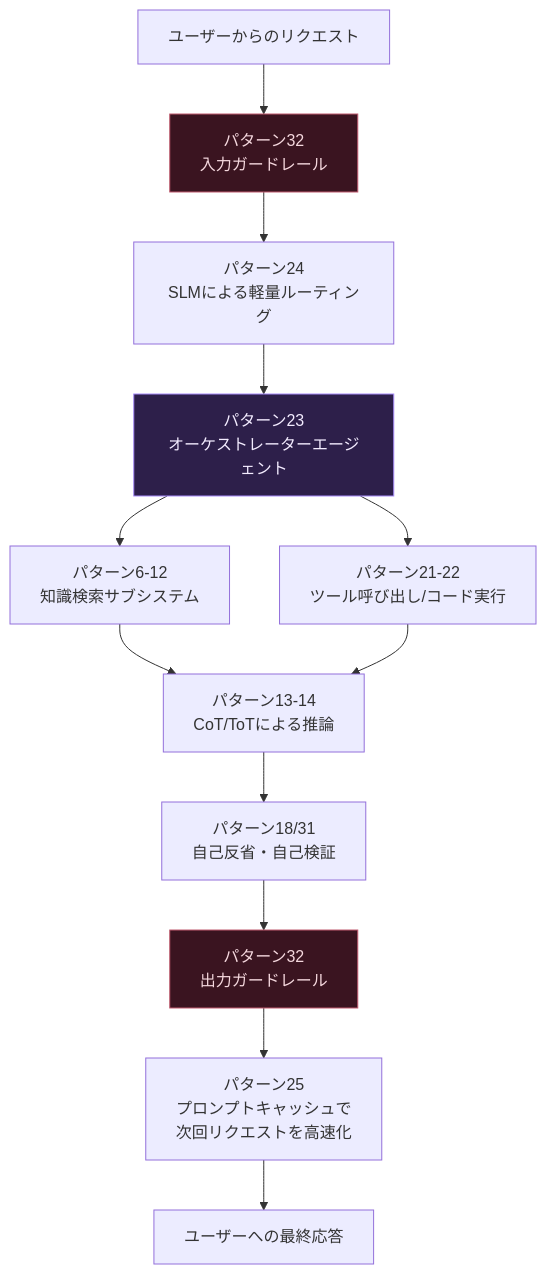
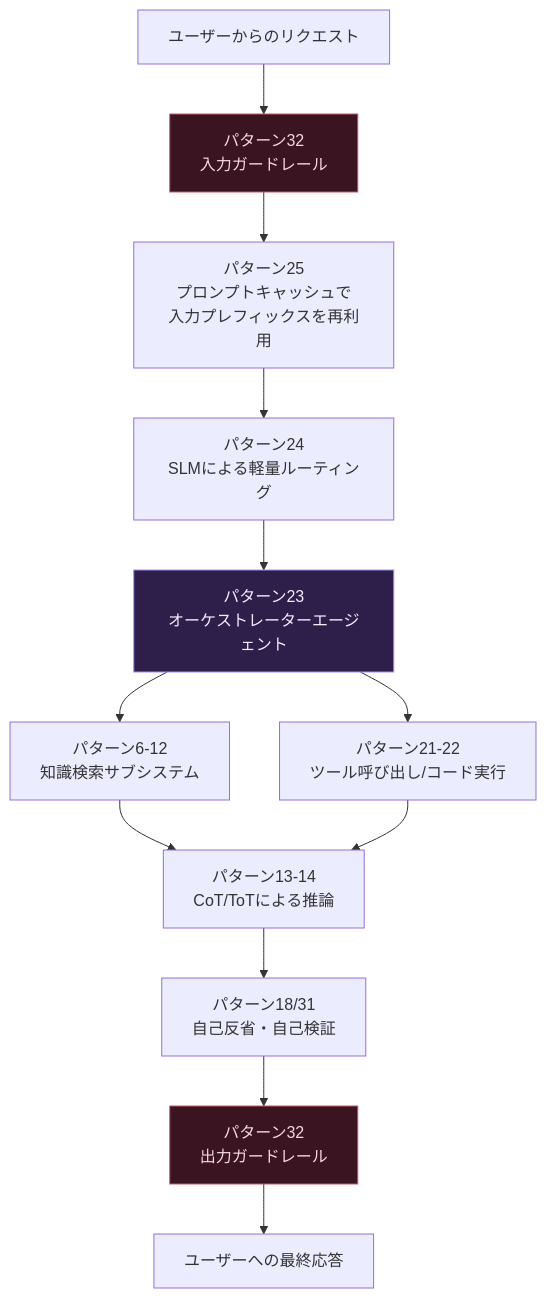
One commit to myoshi2891/Software-Design-and-Architecture changed diagram 22 of 23 in Generative-ai-design-patterns-guide.md. Above: the diagram before and after it, drawn with Mermaid. The commit also changed other lines of this file and 4 other files, not shown here.

````diff
--- a/Generative-ai-design-patterns-guide.md
+++ b/Generative-ai-design-patterns-guide.md
@@ -1236,19 +1243,19 @@
 ```mermaid
 flowchart TB
     U[ユーザーからのリクエスト] --> GUARD_IN[パターン32<br/>入力ガードレール]
-    GUARD_IN --> ROUTE[パターン24<br/>SLMによる軽量ルーティング]
+    GUARD_IN --> CACHE[パターン25<br/>プロンプトキャッシュで<br/>入力プレフィックスを再利用]
+    CACHE --> ROUTE[パターン24<br/>SLMによる軽量ルーティング]
     ROUTE --> ORCH[パターン23<br/>オーケストレーターエージェント]
     ORCH --> RAG[パターン6-12<br/>知識検索サブシステム]
     ORCH --> TOOL[パターン21-22<br/>ツール呼び出し/コード実行]
     RAG --> REASON[パターン13-14<br/>CoT/ToTによる推論]
     TOOL --> REASON
     REASON --> SELFCHECK[パターン18/31<br/>自己反省・自己検証]
     SELFCHECK --> GUARD_OUT[パターン32<br/>出力ガードレール]
-    GUARD_OUT --> CACHE[パターン25<br/>プロンプトキャッシュで<br/>次回リクエストを高速化]
-    CACHE --> RESP[ユーザーへの最終応答]
+    GUARD_OUT --> RESP[ユーザーへの最終応答]
 
     classDef guardFill fill:#3a1420,stroke:#c05a6e,color:#f5d8de
     classDef coreFill fill:#2d1f4a,stroke:#a78bfa,color:#f3ecff
     class GUARD_IN,GUARD_OUT guardFill
     class ORCH coreFill
 ```
````
